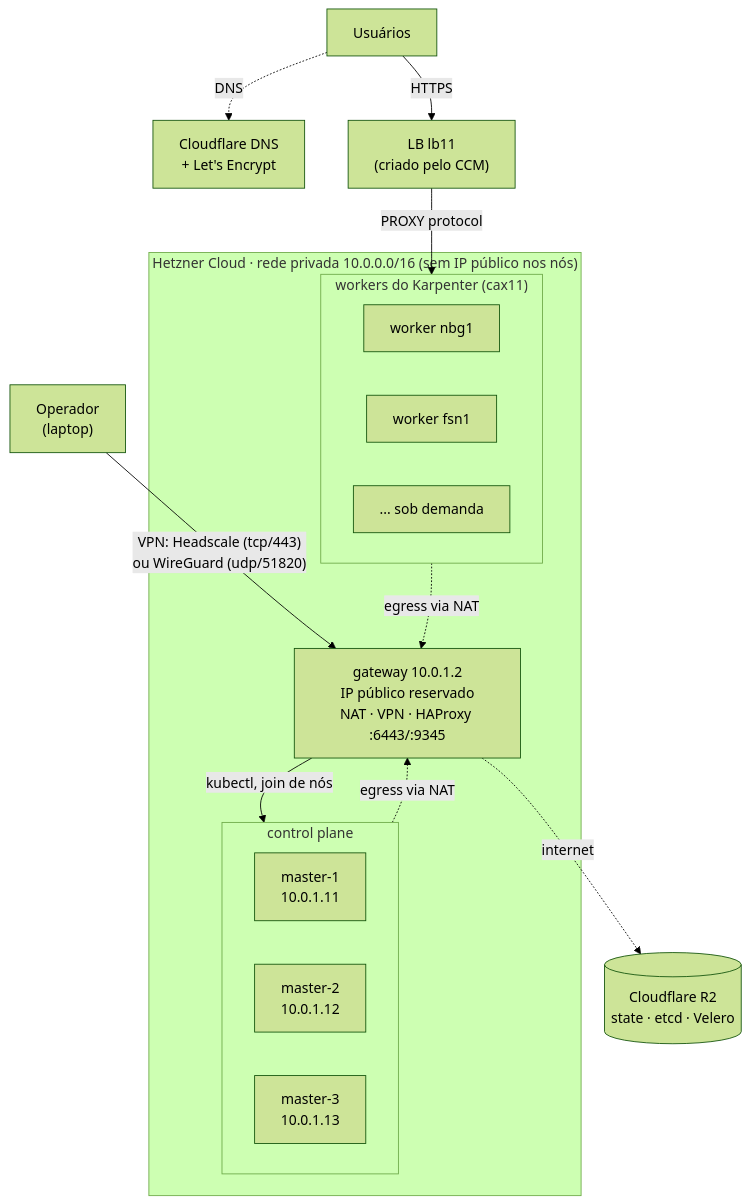
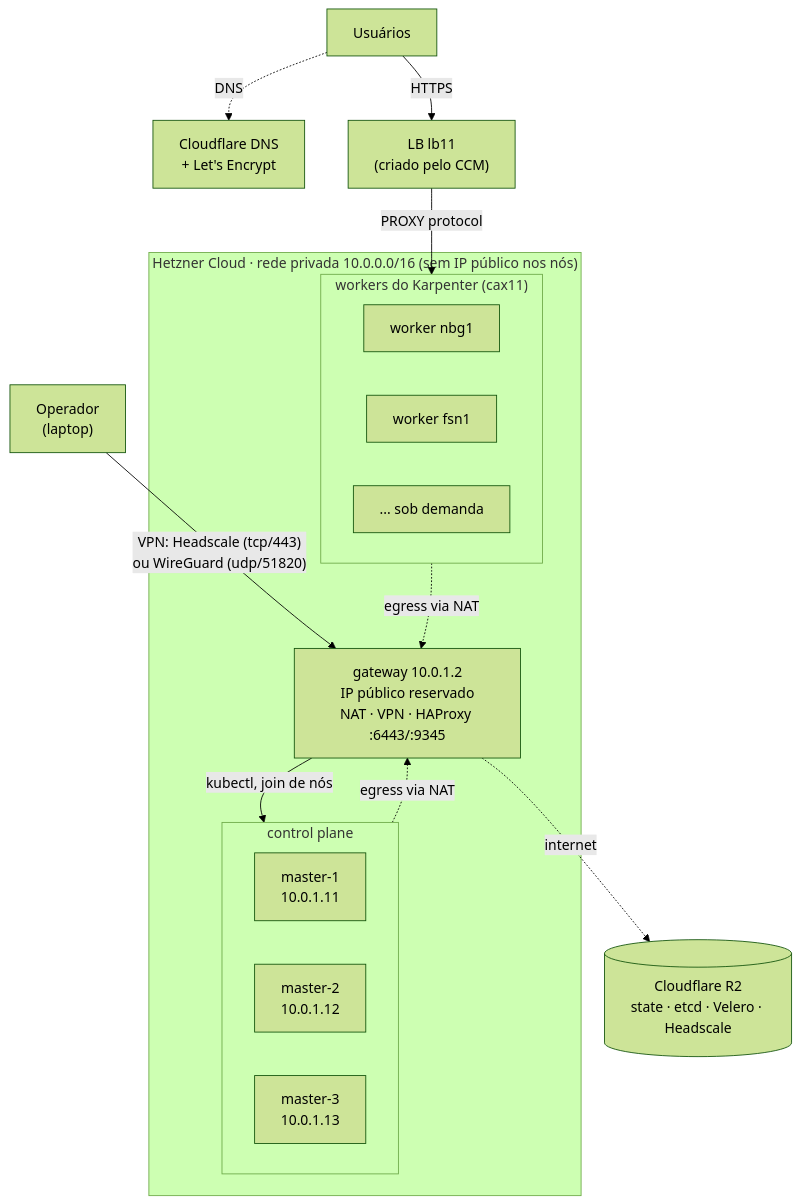
One commit to reginaldosousa/hetzner-rke2-terraform changed the diagram in blog/diagrams/arquitetura.mmd. Above: the diagram before and after it, drawn with Mermaid (forest theme). The commit also changed 5 other files, not shown here.

```diff
--- a/blog/diagrams/arquitetura.mmd
+++ b/blog/diagrams/arquitetura.mmd
@@ -1,30 +1,30 @@
 flowchart TB
     op["Operador<br/>(laptop)"]
     user["Usuários"]
     cf["Cloudflare DNS<br/>+ Let's Encrypt"]
 
     op -- "VPN: Headscale (tcp/443)<br/>ou WireGuard (udp/51820)" --> gw
     user -- "HTTPS" --> lb["LB lb11<br/>(criado pelo CCM)"]
     user -. "DNS" .-> cf
 
     subgraph hetzner["Hetzner Cloud · rede privada 10.0.0.0/16 (sem IP público nos nós)"]
         gw["gateway 10.0.1.2<br/>IP público reservado<br/>NAT · VPN · HAProxy :6443/:9345"]
         subgraph cp["control plane"]
             m1["master-1<br/>10.0.1.11"]
             m2["master-2<br/>10.0.1.12"]
             m3["master-3<br/>10.0.1.13"]
         end
         subgraph wk["workers do Karpenter (cax11)"]
             w1["worker nbg1"]
             w2["worker fsn1"]
             w3["... sob demanda"]
         end
     end
 
     gw -- "kubectl, join de nós" --> cp
     lb -- "PROXY protocol" --> wk
     wk -. "egress via NAT" .-> gw
     cp -. "egress via NAT" .-> gw
 
-    r2[("Cloudflare R2<br/>state · etcd · Velero")]
+    r2[("Cloudflare R2<br/>state · etcd · Velero · Headscale")]
     gw -. "internet" .-> r2
```
